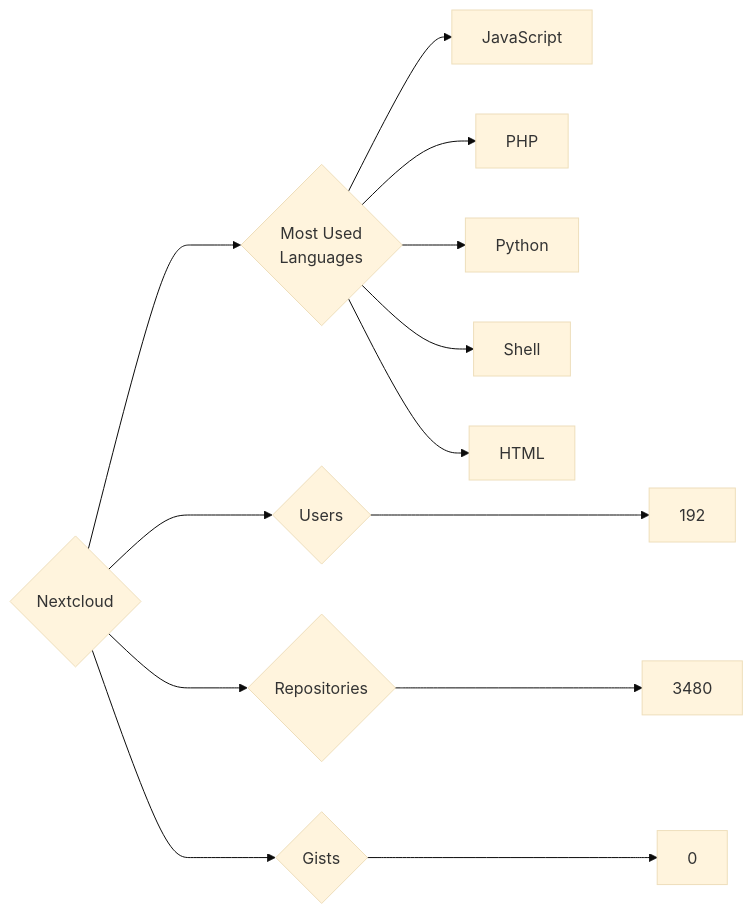
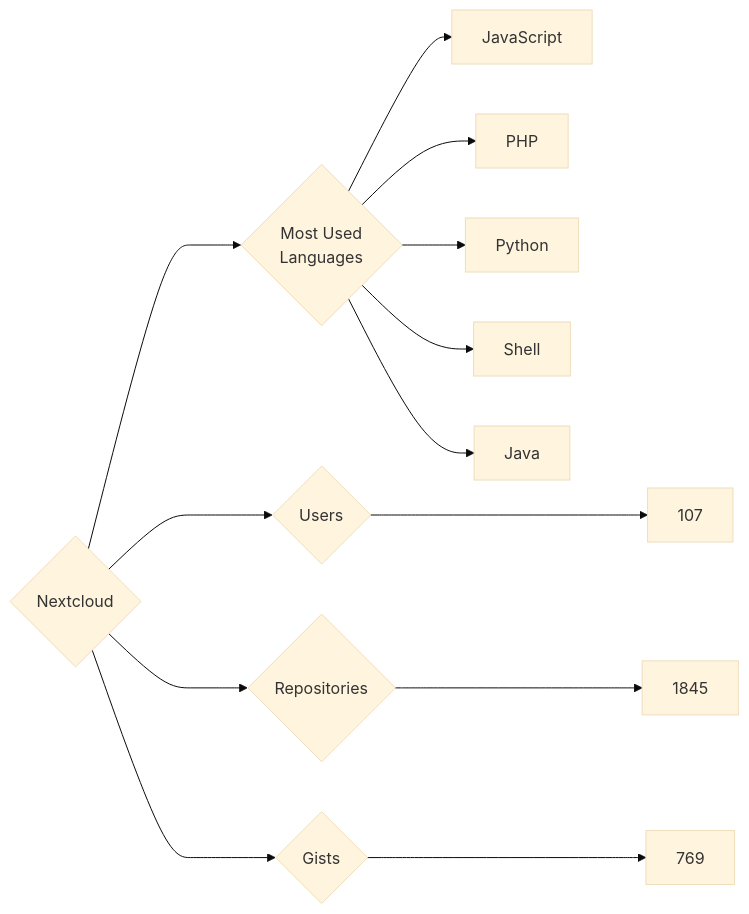
Before and after one commit to trickest/insiders: the diagram in targets/Nextcloud/README.md, drawn with Mermaid (base theme). The commit also changed 997 other files, not shown here.

````diff
--- a/targets/Nextcloud/README.md
+++ b/targets/Nextcloud/README.md
@@ -3,13 +3,13 @@
 ```mermaid
 graph LR
 COMPANY_NAME{Nextcloud}
-COMPANY_NAME ---> U{Users} ---> UN[192]
-COMPANY_NAME ---> R{Repositories} ---> RN[3480]
-COMPANY_NAME ---> G{Gists} ---> GN[0]
+COMPANY_NAME ---> U{Users} ---> UN[107]
+COMPANY_NAME ---> R{Repositories} ---> RN[1845]
+COMPANY_NAME ---> G{Gists} ---> GN[769]
 COMPANY_NAME ---> ML{Most Used<br>Languages}
-ML --> JavaScript
-ML --> PHP
-ML --> Python
-ML --> Shell
-ML --> HTML
+ML --> JavaScript[JavaScript]
+ML --> PHP[PHP]
+ML --> Python[Python]
+ML --> Shell[Shell]
+ML --> Java[Java]
 ```
````
